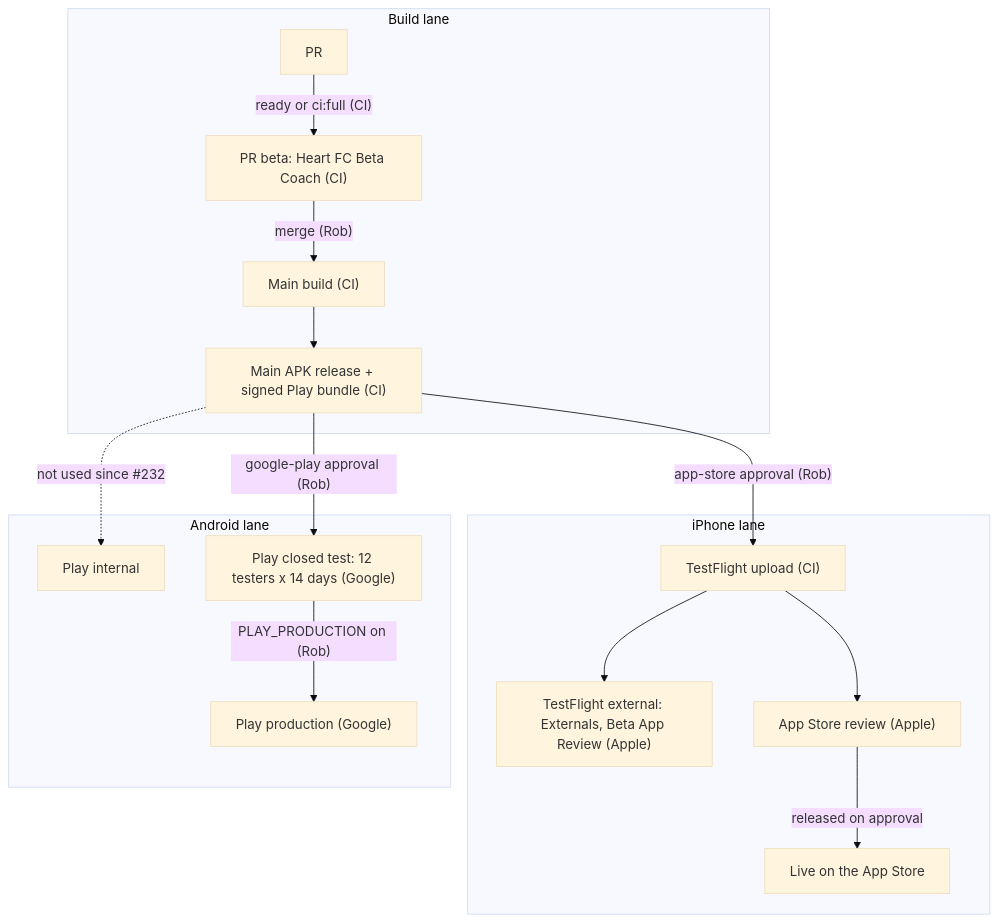
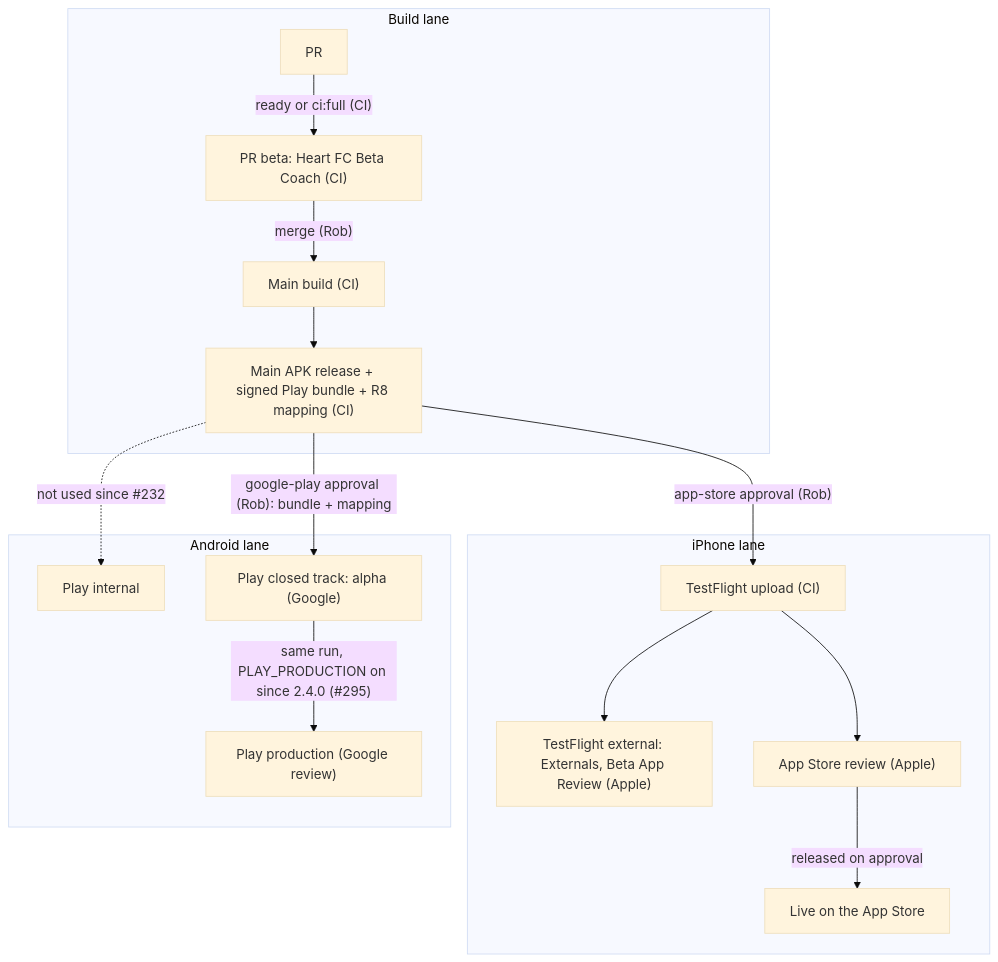
The third of 3 diagrams in docs/system-architecture.md (vanstoner/coaching-app), drawn with Mermaid (base theme) before and after one commit. The commit also changed 1 other file, not shown here.

Commit message:
2.4.1 close-out: spec row for − to No sub; the release diagram shows the R8 mapping and Play production
Bea's check before merge (#217, closing a release): the planned-sub row
names − clearing who comes off (#293 C2); the architecture diagram's
Android lane shows the mapping going with the bundle (#296) and production
in the same approved run since 2.4.0 (#295).

Refs: #293, #296
Squad-Role: Bea (Business Analyst)
Claude-Session: https://claude.ai/code/session_01Agi9g9e8BAqSBREMcusj6x

````diff
--- a/docs/system-architecture.md
+++ b/docs/system-architecture.md
@@ -242,19 +242,19 @@
 ```mermaid
 flowchart TB
   subgraph Build["Build lane"]
     PR["PR"] -->|"ready or ci:full (CI)"| Beta["PR beta: Heart FC Beta Coach (CI)"]
     Beta -->|"merge (Rob)"| Main["Main build (CI)"]
-    Main --> Rel["Main APK release + signed Play bundle (CI)"]
+    Main --> Rel["Main APK release + signed Play bundle + R8 mapping (CI)"]
   end
   subgraph iPhone["iPhone lane"]
     Rel -->|"app-store approval (Rob)"| TFU["TestFlight upload (CI)"]
     TFU --> TFE["TestFlight external: Externals, Beta App Review (Apple)"]
     TFU --> ASR["App Store review (Apple)"]
     ASR -->|"released on approval"| Live["Live on the App Store"]
   end
   subgraph Android["Android lane"]
     Rel -.->|"not used since #232"| PI["Play internal"]
-    Rel -->|"google-play approval (Rob)"| PC["Play closed test: 12 testers x 14 days (Google)"]
-    PC -->|"PLAY_PRODUCTION on (Rob)"| PP["Play production (Google)"]
+    Rel -->|"google-play approval (Rob): bundle + mapping"| PC["Play closed track: alpha (Google)"]
+    PC -->|"same run, PLAY_PRODUCTION on since 2.4.0 (#295)"| PP["Play production (Google review)"]
   end
 ```
````
